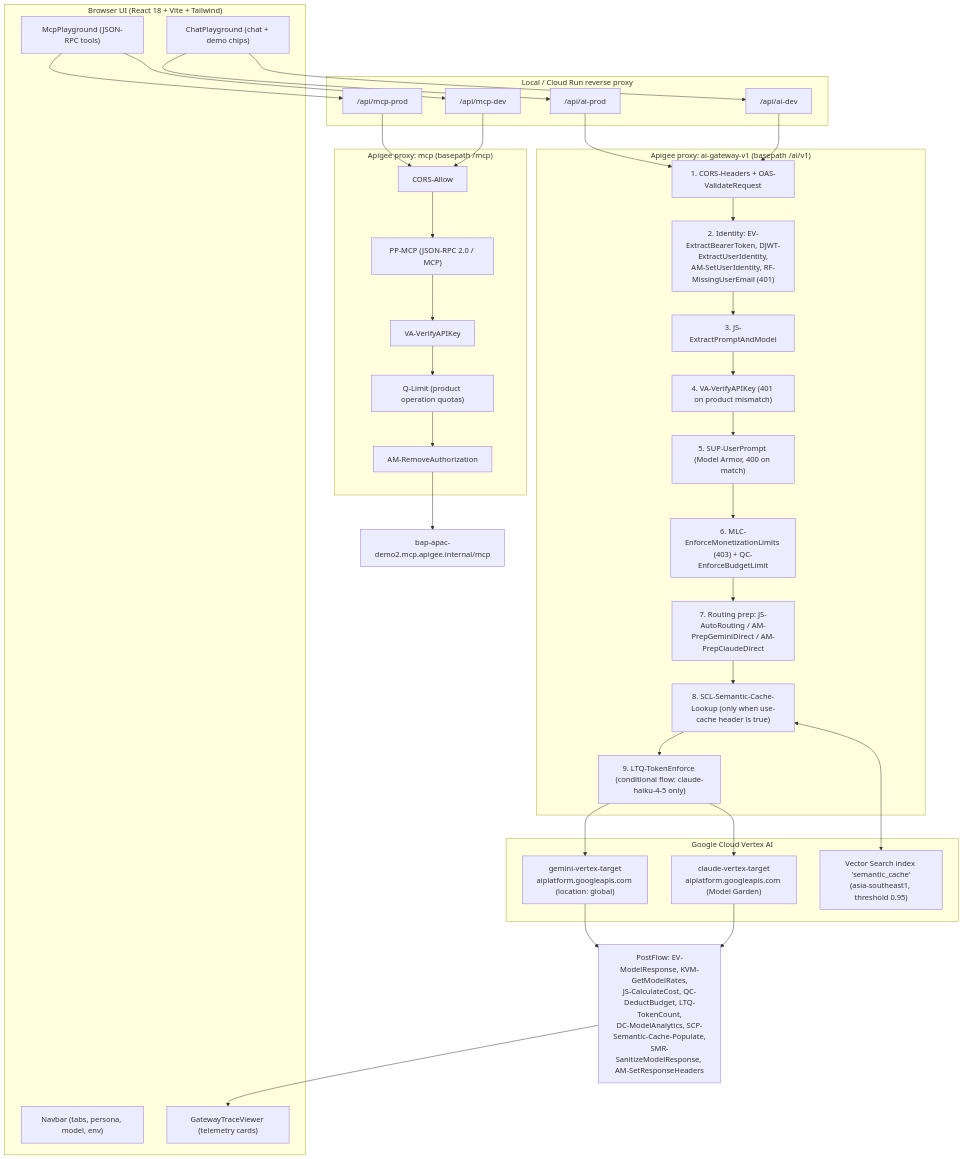
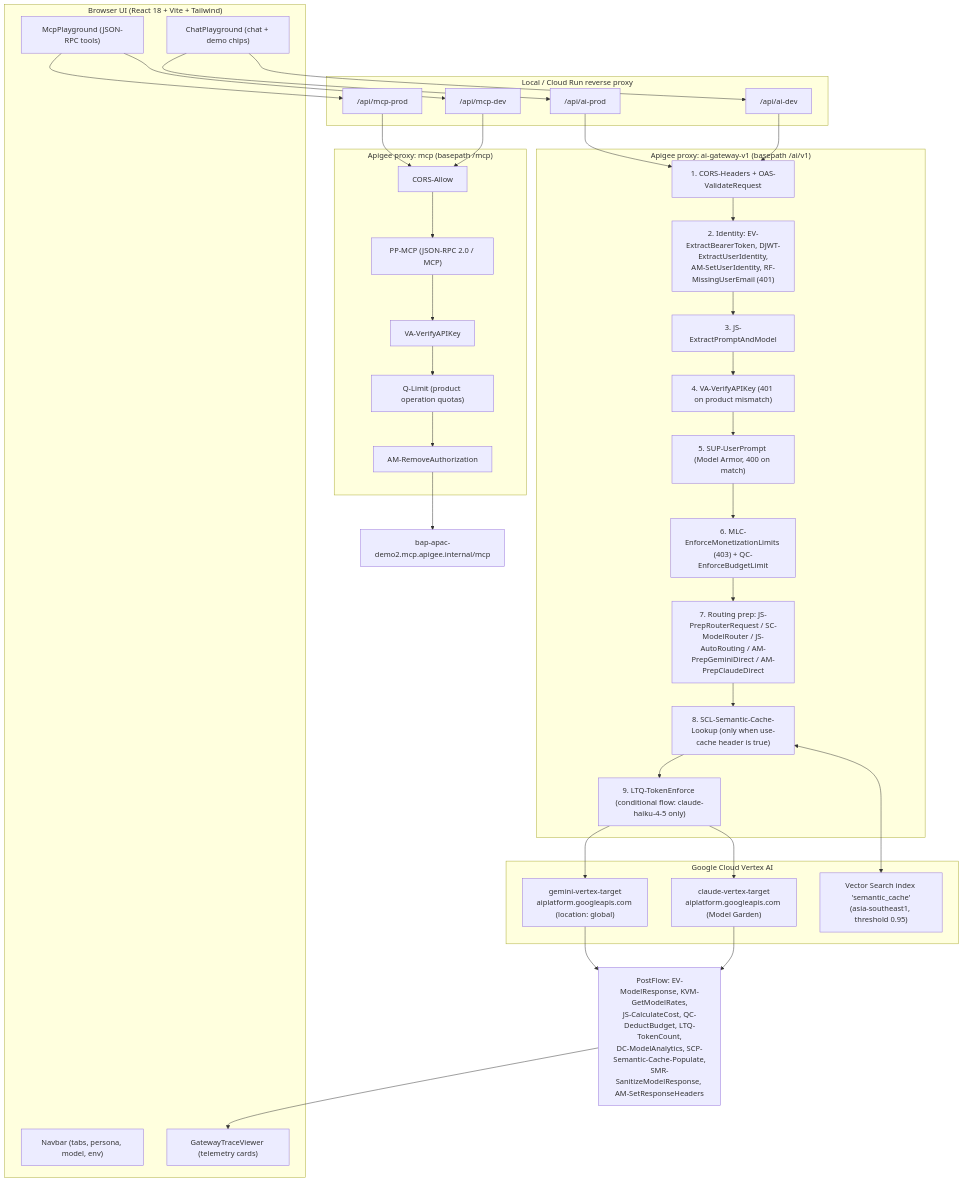
The first of 3 diagrams in docs/apigee_ai_gateway_demo_design.md (yem0428/apigee-ai-gateway-demo), drawn with Mermaid before and after one commit. The commit also changed other lines of this file and 5 other files, not shown here.

First line of the commit message:
docs+test: align tests and documentation with the LLM router architecture

````diff
--- a/docs/apigee_ai_gateway_demo_design.md
+++ b/docs/apigee_ai_gateway_demo_design.md
@@ -56,58 +56,58 @@
 ```mermaid
 flowchart TB
     subgraph Client["Browser UI (React 18 + Vite + Tailwind)"]
         Nav["Navbar (tabs, persona, model, env)"]
         Chat["ChatPlayground (chat + demo chips)"]
         Trace["GatewayTraceViewer (telemetry cards)"]
         Mcp["McpPlayground (JSON-RPC tools)"]
     end
 
     subgraph Proxy["Local / Cloud Run reverse proxy"]
         AiProd["/api/ai-prod"]
         AiDev["/api/ai-dev"]
         McpProd["/api/mcp-prod"]
         McpDev["/api/mcp-dev"]
     end
 
     subgraph Gateway["Apigee proxy: ai-gateway-v1 (basepath /ai/v1)"]
         P1["1. CORS-Headers + OAS-ValidateRequest"]
         P2["2. Identity: EV-ExtractBearerToken, DJWT-ExtractUserIdentity,<br/>AM-SetUserIdentity, RF-MissingUserEmail (401)"]
         P3["3. JS-ExtractPromptAndModel"]
         P4["4. VA-VerifyAPIKey (401 on product mismatch)"]
         P5["5. SUP-UserPrompt (Model Armor, 400 on match)"]
         P6["6. MLC-EnforceMonetizationLimits (403) + QC-EnforceBudgetLimit"]
-        P7["7. Routing prep: JS-AutoRouting / AM-PrepGeminiDirect / AM-PrepClaudeDirect"]
+        P7["7. Routing prep: JS-PrepRouterRequest / SC-ModelRouter / JS-AutoRouting / AM-PrepGeminiDirect / AM-PrepClaudeDirect"]
         P8["8. SCL-Semantic-Cache-Lookup (only when use-cache header is true)"]
         P9["9. LTQ-TokenEnforce (conditional flow: claude-haiku-4-5 only)"]
     end
 
     subgraph Vertex["Google Cloud Vertex AI"]
         Gem["gemini-vertex-target<br/>aiplatform.googleapis.com (location: global)"]
         Cla["claude-vertex-target<br/>aiplatform.googleapis.com (Model Garden)"]
         VecDB["Vector Search index 'semantic_cache'<br/>(asia-southeast1, threshold 0.95)"]
     end
 
     subgraph McpGw["Apigee proxy: mcp (basepath /mcp)"]
         M1["CORS-Allow"]
         M2["PP-MCP (JSON-RPC 2.0 / MCP)"]
         M3["VA-VerifyAPIKey"]
         M4["Q-Limit (product operation quotas)"]
         M5["AM-RemoveAuthorization"]
     end
 
     Chat --> AiProd --> P1
     Chat --> AiDev --> P1
     P1 --> P2 --> P3 --> P4 --> P5 --> P6 --> P7 --> P8 --> P9
     P9 --> Gem
     P9 --> Cla
     P8 <--> VecDB
 
     Mcp --> McpProd --> M1
     Mcp --> McpDev --> M1
     M1 --> M2 --> M3 --> M4 --> M5
     M5 --> McpUp["bap-apac-demo2.mcp.apigee.internal/mcp"]
 
     Gem --> Resp["PostFlow: EV-ModelResponse, KVM-GetModelRates,<br/>JS-CalculateCost, QC-DeductBudget, LTQ-TokenCount,<br/>DC-ModelAnalytics, SCP-Semantic-Cache-Populate,<br/>SMR-SanitizeModelResponse, AM-SetResponseHeaders"]
     Cla --> Resp
     Resp --> Trace
 ```
````
